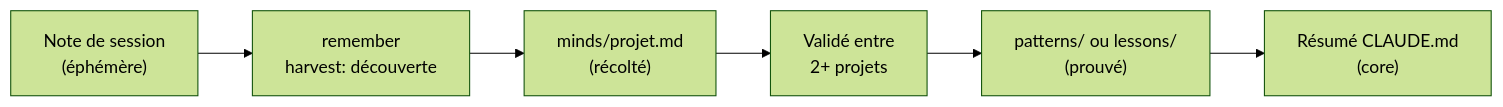
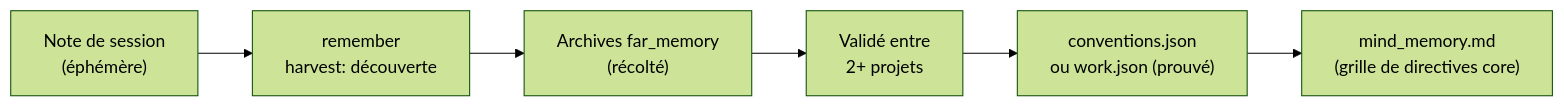
The second of 2 diagrams in docs/fr/publications/distributed-knowledge-dashboard/full/index.md (packetqc/K_DOCS), drawn with Mermaid (forest theme) before and after one commit. The commit also changed other lines of this file and 1 other file, not shown here.

First line of the commit message:
docs: update distributed-knowledge-dashboard mermaid to K2.0

````diff
--- a/docs/fr/publications/distributed-knowledge-dashboard/full/index.md
+++ b/docs/fr/publications/distributed-knowledge-dashboard/full/index.md
@@ -296,8 +296,8 @@
 ```mermaid
 flowchart LR
     A["Note de session\n(éphémère)"] --> B["remember\nharvest: découverte"]
-    B --> C["minds/projet.md\n(récolté)"]
+    B --> C["Archives far_memory\n(récolté)"]
     C --> D["Validé entre\n2+ projets"]
-    D --> E["patterns/ ou lessons/\n(prouvé)"]
-    E --> F["Résumé CLAUDE.md\n(core)"]
+    D --> E["conventions.json\nou work.json (prouvé)"]
+    E --> F["mind_memory.md\n(grille de directives core)"]
 ```
````
